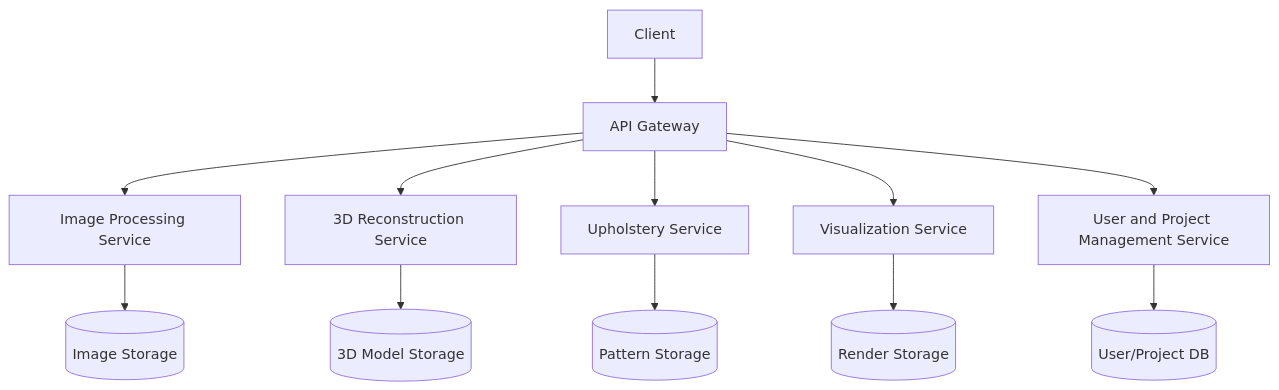
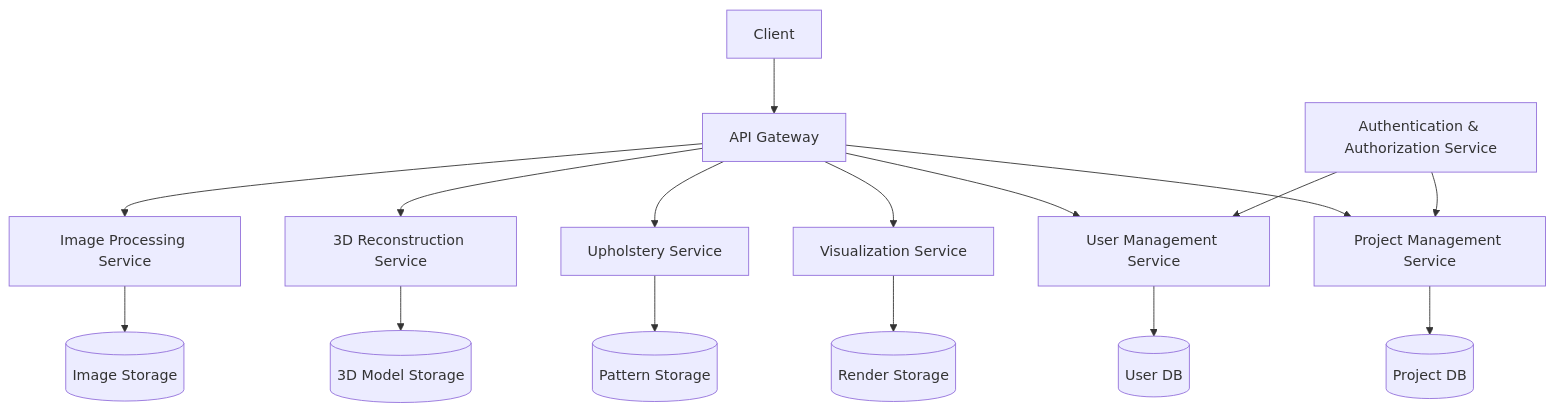
Before and after one commit to zbuhrer/stitchsketch: the diagram in docs/architecture.md, drawn with Mermaid. The commit also changed other lines of this file and 1278 other files, not shown here.

````diff
--- a/docs/architecture.md
+++ b/docs/architecture.md
@@ -11,15 +11,21 @@
 ```mermaid
 graph TD
     A[Client] --> B[API Gateway]
     B --> C[Image Processing Service]
     B --> D[3D Reconstruction Service]
     B --> E[Upholstery Service]
     B --> F[Visualization Service]
-    B --> G[User and Project Management Service]
+    B --> G[User Management Service]
+    B --> H[Project Management Service]
 
-    C --> H[(Image Storage)]
-    D --> I[(3D Model Storage)]
-    E --> J[(Pattern Storage)]
-    F --> K[(Render Storage)]
-    G --> L[(User/Project DB)]
+    C --> I[(Image Storage)]
+    D --> J[(3D Model Storage)]
+    E --> K[(Pattern Storage)]
+    F --> L[(Render Storage)]
+    G --> M[(User DB)]
+    H --> N[(Project DB)]
+
+    O[Authentication & Authorization Service]
+    O --> G
+    O --> H
 ```
````
